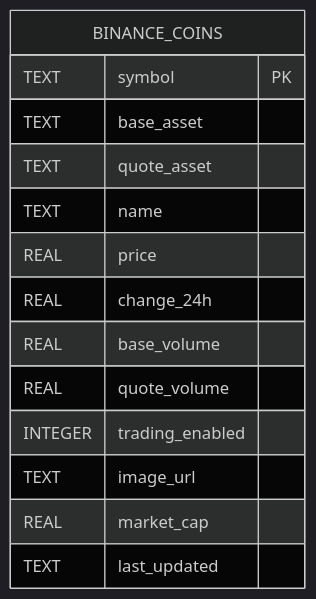
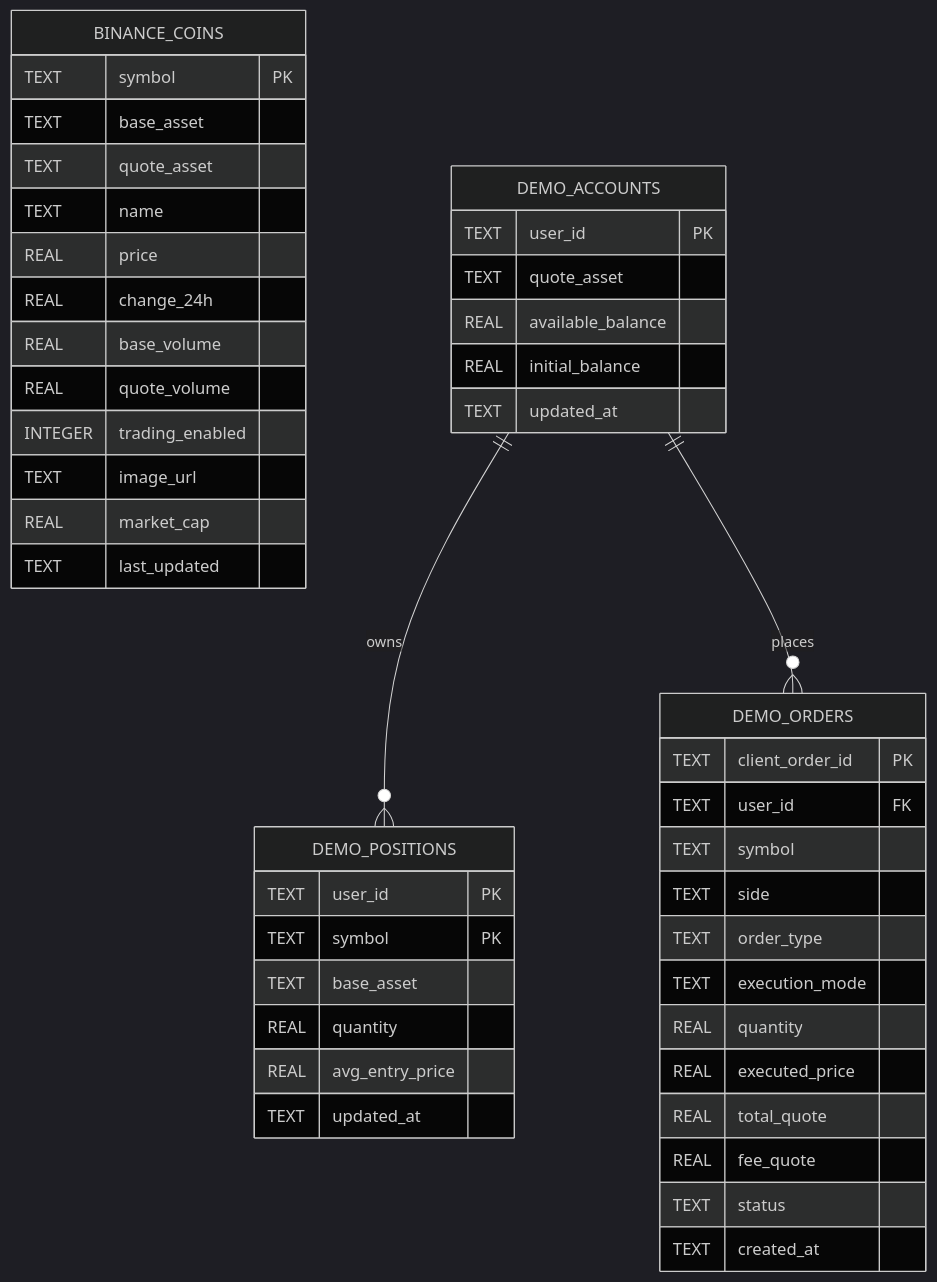
Before and after one commit to tranvanki/VegetableCoinData: the fifth of 5 diagrams in project_diagrams.md, drawn with Mermaid (dark theme). The commit also changed other lines of this file and 16 other files, not shown here.

Commit message:
New architecture

````diff
--- a/project_diagrams.md
+++ b/project_diagrams.md
@@ -166,17 +200,52 @@
 ```mermaid
 erDiagram
     BINANCE_COINS {
         TEXT symbol PK
         TEXT base_asset
         TEXT quote_asset
         TEXT name
         REAL price
         REAL change_24h
         REAL base_volume
         REAL quote_volume
         INTEGER trading_enabled
         TEXT image_url
         REAL market_cap
         TEXT last_updated
     }
+
+    DEMO_ACCOUNTS {
+        TEXT user_id PK
+        TEXT quote_asset
+        REAL available_balance
+        REAL initial_balance
+        TEXT updated_at
+    }
+
+    DEMO_POSITIONS {
+        TEXT user_id PK
+        TEXT symbol PK
+        TEXT base_asset
+        REAL quantity
+        REAL avg_entry_price
+        TEXT updated_at
+    }
+
+    DEMO_ORDERS {
+        TEXT client_order_id PK
+        TEXT user_id FK
+        TEXT symbol
+        TEXT side
+        TEXT order_type
+        TEXT execution_mode
+        REAL quantity
+        REAL executed_price
+        REAL total_quote
+        REAL fee_quote
+        TEXT status
+        TEXT created_at
+    }
+
+    DEMO_ACCOUNTS ||--o{ DEMO_POSITIONS : "owns"
+    DEMO_ACCOUNTS ||--o{ DEMO_ORDERS : "places"
 ```
````
